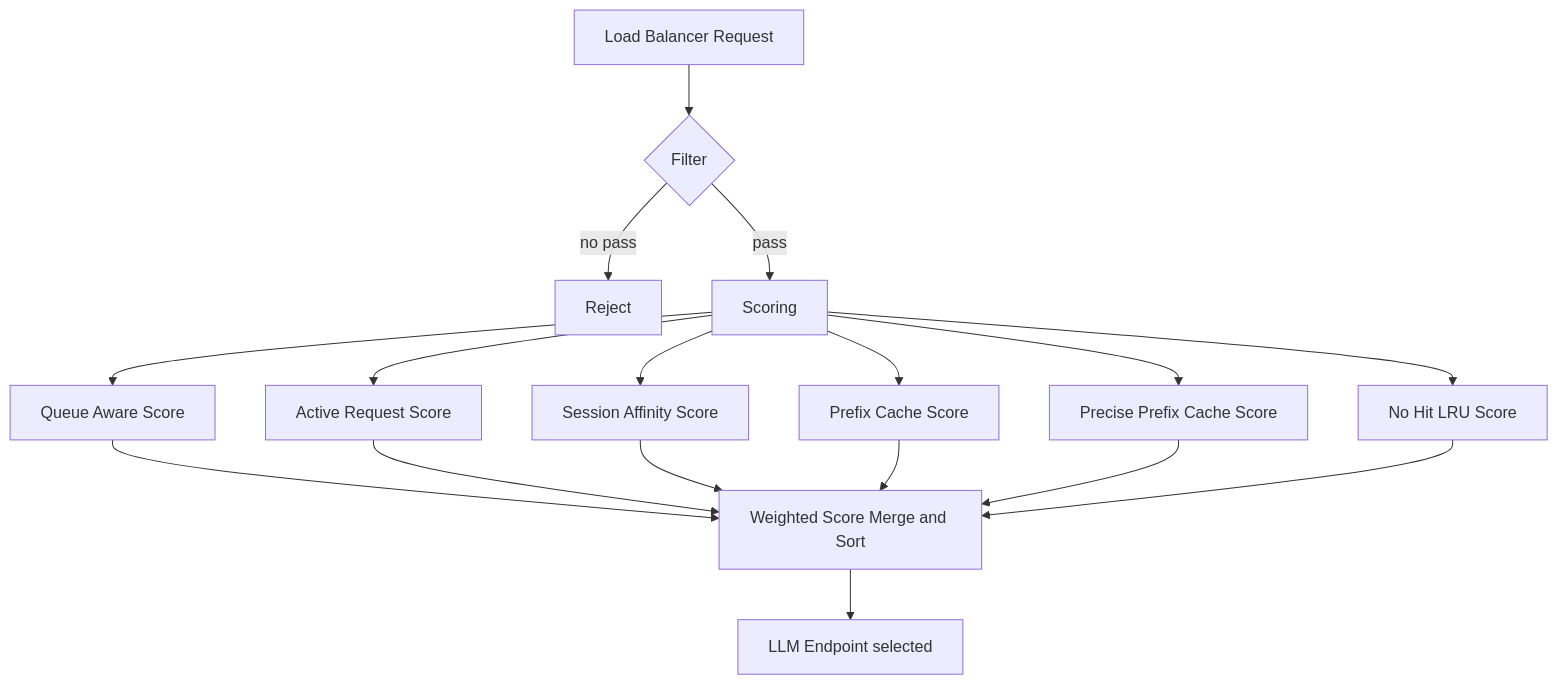
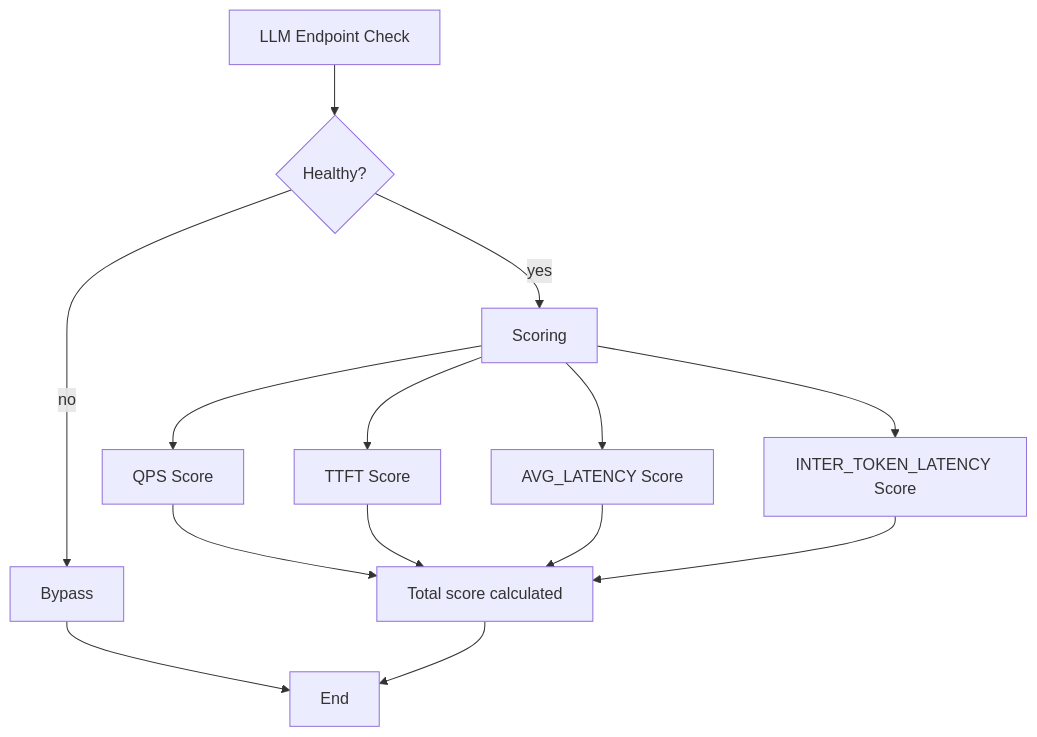
One commit to puyanguvic/semenatic_routing_and_load_balance changed the third of 3 diagrams in ase_llm_load_balancer.md. Above: the diagram before and after it, drawn with Mermaid. The commit also changed other lines of this file, not shown here.

````diff
--- a/ase_llm_load_balancer.md
+++ b/ase_llm_load_balancer.md
@@ -337,23 +435,18 @@
 ```mermaid
 flowchart TD
-    A[Load Balancer Request] --> B{Filter}
+    A[LLM Endpoint Check] --> B{Healthy?}
+    B -- no --> Bypass[Bypass]
+    B -- yes --> Scoring
 
-    B -- no pass --> Reject[Reject]
-    B -- pass --> Scoring
+    Scoring --> S1[QPS Score]
+    Scoring --> S2[TTFT Score]
+    Scoring --> S3[AVG_LATENCY Score]
+    Scoring --> S4[INTER_TOKEN_LATENCY Score]
 
-    Scoring --> S1[Queue Aware Score]
-    Scoring --> S2[Active Request Score]
-    Scoring --> S3[Session Affinity Score]
-    Scoring --> S4[Prefix Cache Score]
-    Scoring --> S5[Precise Prefix Cache Score]
-    Scoring --> S6[No Hit LRU Score]
-
-    S1 --> WS[Weighted Score Merge and Sort]
+    S1 --> WS[Total score calculated]
     S2 --> WS
     S3 --> WS
     S4 --> WS
-    S5 --> WS
-    S6 --> WS
-
-    WS --> PK[LLM Endpoint selected]
+    Bypass --> E[End]
+    WS --> E[End]
 ```
````
